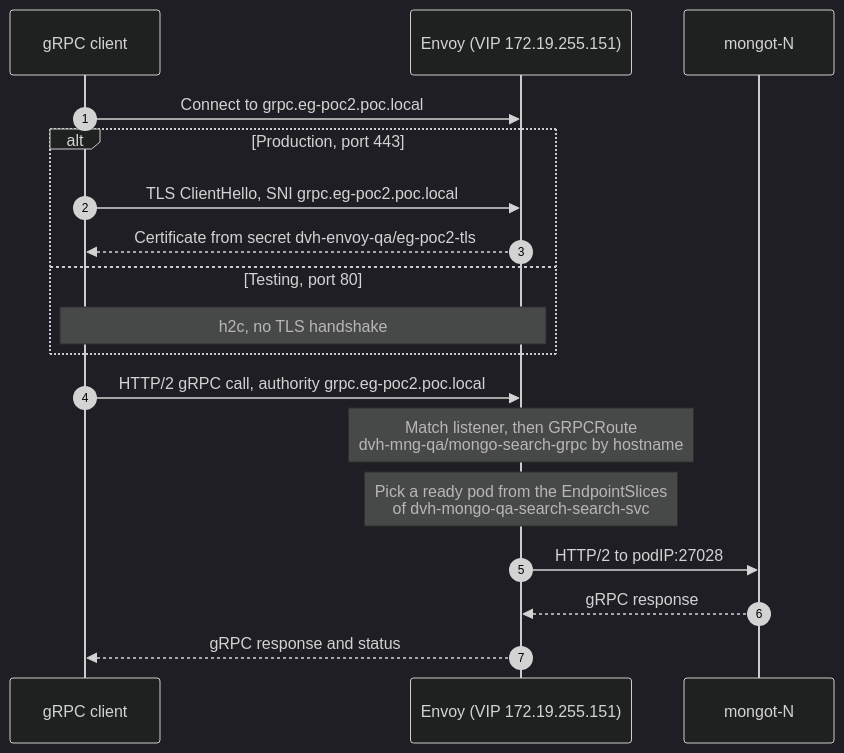
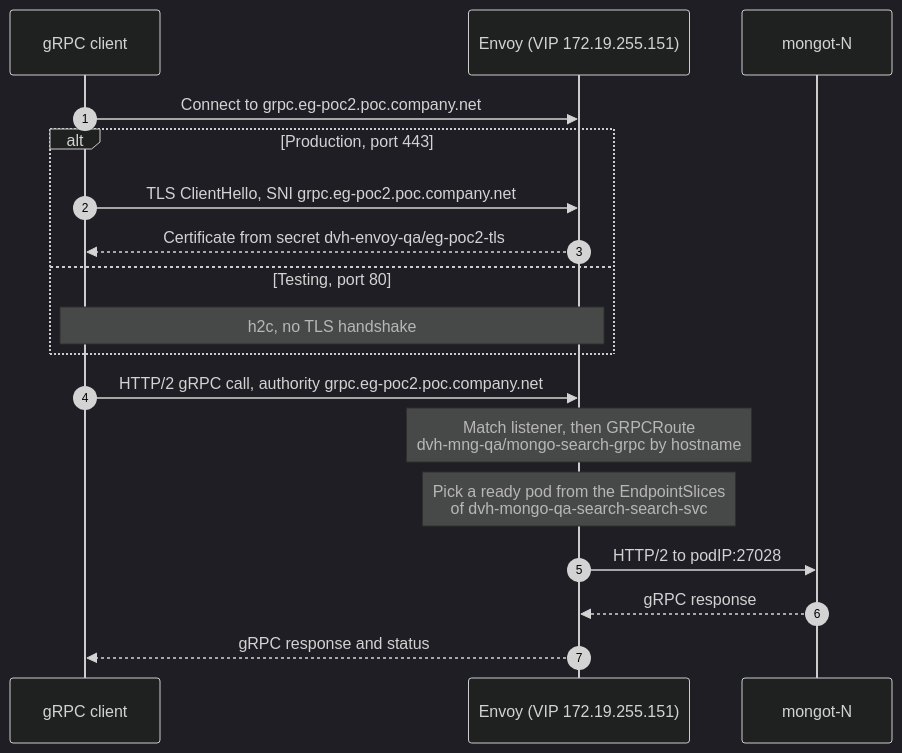
One commit to ephico2real2/envoy-reference-architecture changed the third of 4 diagrams in README.md. Above: the diagram before and after it, drawn with Mermaid (dark theme). The commit also changed other lines of this file and 3 other files, not shown here.

````diff
--- a/README.md
+++ b/README.md
@@ -188,21 +188,21 @@
 ```mermaid
 sequenceDiagram
     autonumber
     participant C as gRPC client
     participant E as Envoy (VIP 172.19.255.151)
     participant M as mongot-N
 
-    C->>E: Connect to grpc.eg-poc2.poc.local
+    C->>E: Connect to grpc.eg-poc2.poc.company.net
     alt Production, port 443
-        C->>E: TLS ClientHello, SNI grpc.eg-poc2.poc.local
+        C->>E: TLS ClientHello, SNI grpc.eg-poc2.poc.company.net
         E-->>C: Certificate from secret dvh-envoy-qa/eg-poc2-tls
     else Testing, port 80
         Note over C,E: h2c, no TLS handshake
     end
-    C->>E: HTTP/2 gRPC call, authority grpc.eg-poc2.poc.local
+    C->>E: HTTP/2 gRPC call, authority grpc.eg-poc2.poc.company.net
     Note over E: Match listener, then GRPCRoute<br/>dvh-mng-qa/mongo-search-grpc by hostname
     Note over E: Pick a ready pod from the EndpointSlices<br/>of dvh-mongo-qa-search-search-svc
     E->>M: HTTP/2 to podIP:27028
     M-->>E: gRPC response
     E-->>C: gRPC response and status
 ```
````
